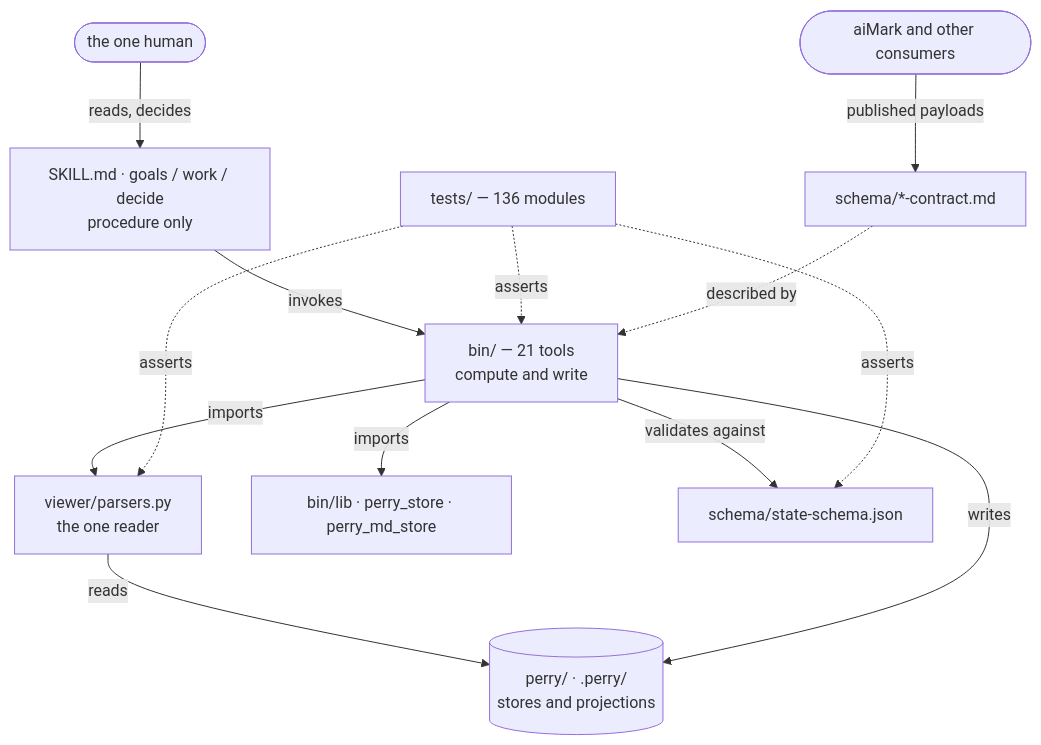
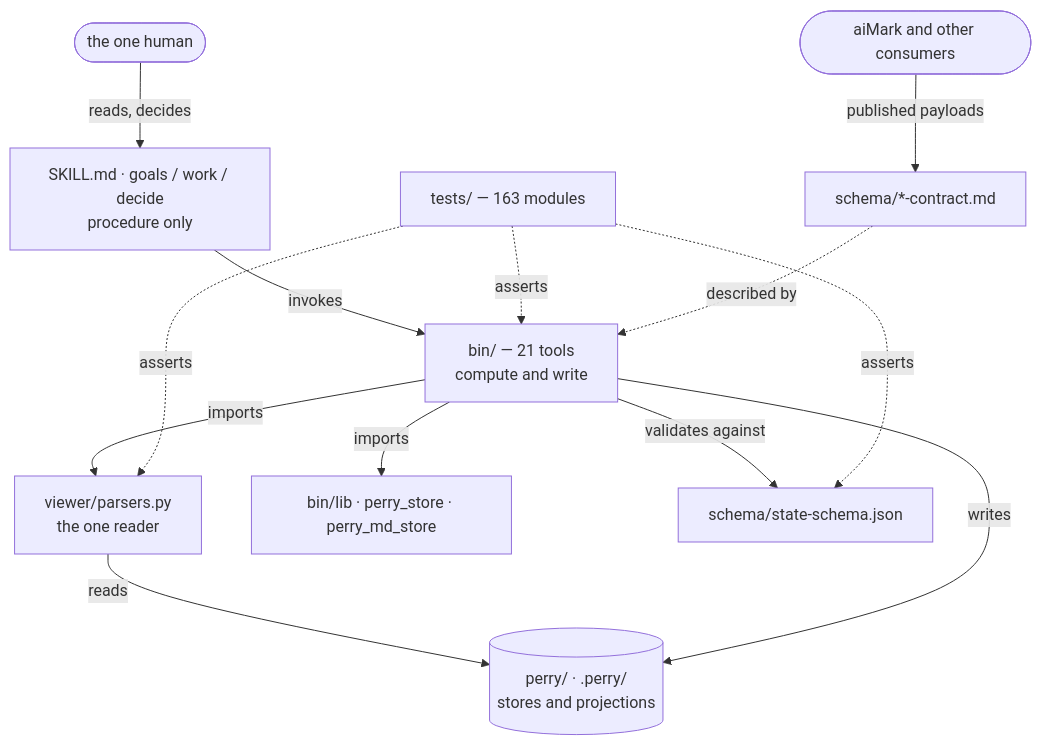
The first of 3 diagrams in ARCHITECTURE.md (ranjiao/Perry), drawn with Mermaid before and after one commit. The commit also changed other lines of this file, not shown here.

First line of the commit message:
docs(architecture): exact resolver sunset, bin/ contract scope, counts (TASK-487 round 3)

````diff
--- a/ARCHITECTURE.md
+++ b/ARCHITECTURE.md
@@ -156,15 +156,15 @@
 ```mermaid
 flowchart TD
     User([the one human]) -->|reads, decides| Lanes
     Lanes["SKILL.md · goals / work / decide<br/>procedure only"] -->|invokes| Bin
     Bin["bin/ — 21 tools<br/>compute and write"] -->|imports| Parsers["viewer/parsers.py<br/>the one reader"]
     Bin -->|imports| Lib["bin/lib · perry_store · perry_md_store"]
     Bin -->|validates against| Schema["schema/state-schema.json"]
     Parsers -->|reads| State[("perry/ · .perry/<br/>stores and projections")]
     Bin -->|writes| State
-    Tests["tests/ — 136 modules"] -.asserts.-> Bin
+    Tests["tests/ — 163 modules"] -.asserts.-> Bin
     Tests -.asserts.-> Parsers
     Tests -.asserts.-> Schema
     Outside([aiMark and other consumers]) -->|published payloads| Contracts["schema/*-contract.md"]
     Contracts -.described by.-> Bin
 ```
````
